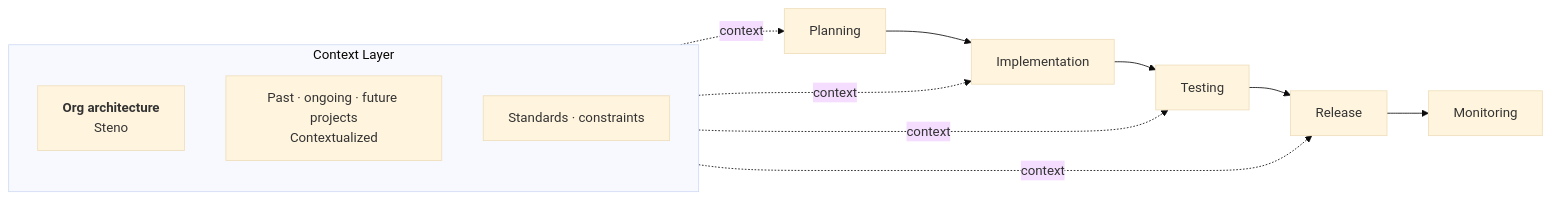
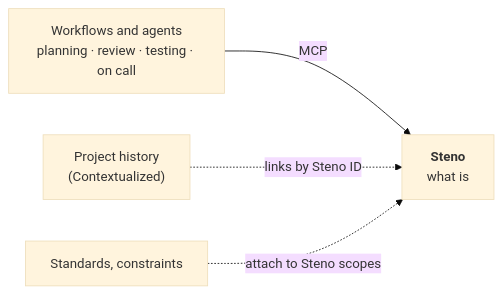
One commit to KBavis/steno changed the second of 2 diagrams in docs/README.md. Above: the diagram before and after it, drawn with Mermaid (base theme). The commit also changed other lines of this file and 19 other files, not shown here.

````diff
--- a/docs/README.md
+++ b/docs/README.md
@@ -35,10 +35,6 @@
 ```mermaid
 flowchart LR
-    PL[Planning] --> IM[Implementation] --> TE[Testing] --> RE[Release] --> MO[Monitoring]
-    subgraph CL["Context Layer"]
-      A["<b>Org architecture</b><br/>Steno"]
-      P["Past · ongoing · future projects<br/>Contextualized"]
-      SC["Standards · constraints"]
-    end
-    CL -. context .-> PL & IM & TE & RE
+    WF["Workflows and agents<br/>planning · review · testing · on call"] -- MCP --> ST["<b>Steno</b><br/>what is"]
+    CX["Project history<br/>(Contextualized)"] -. "links by Steno ID" .-> ST
+    OT["Standards, constraints"] -. "attach to Steno scopes" .-> ST
 ```
````
